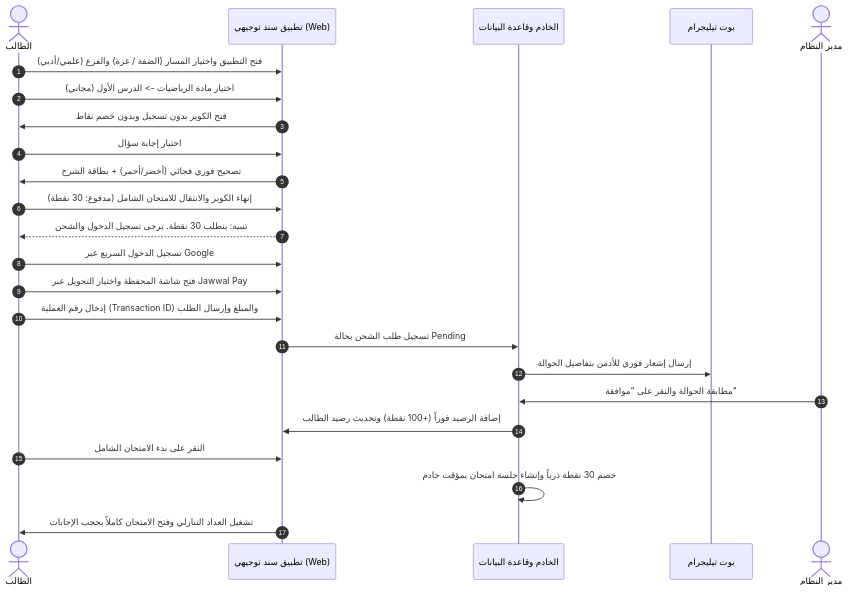
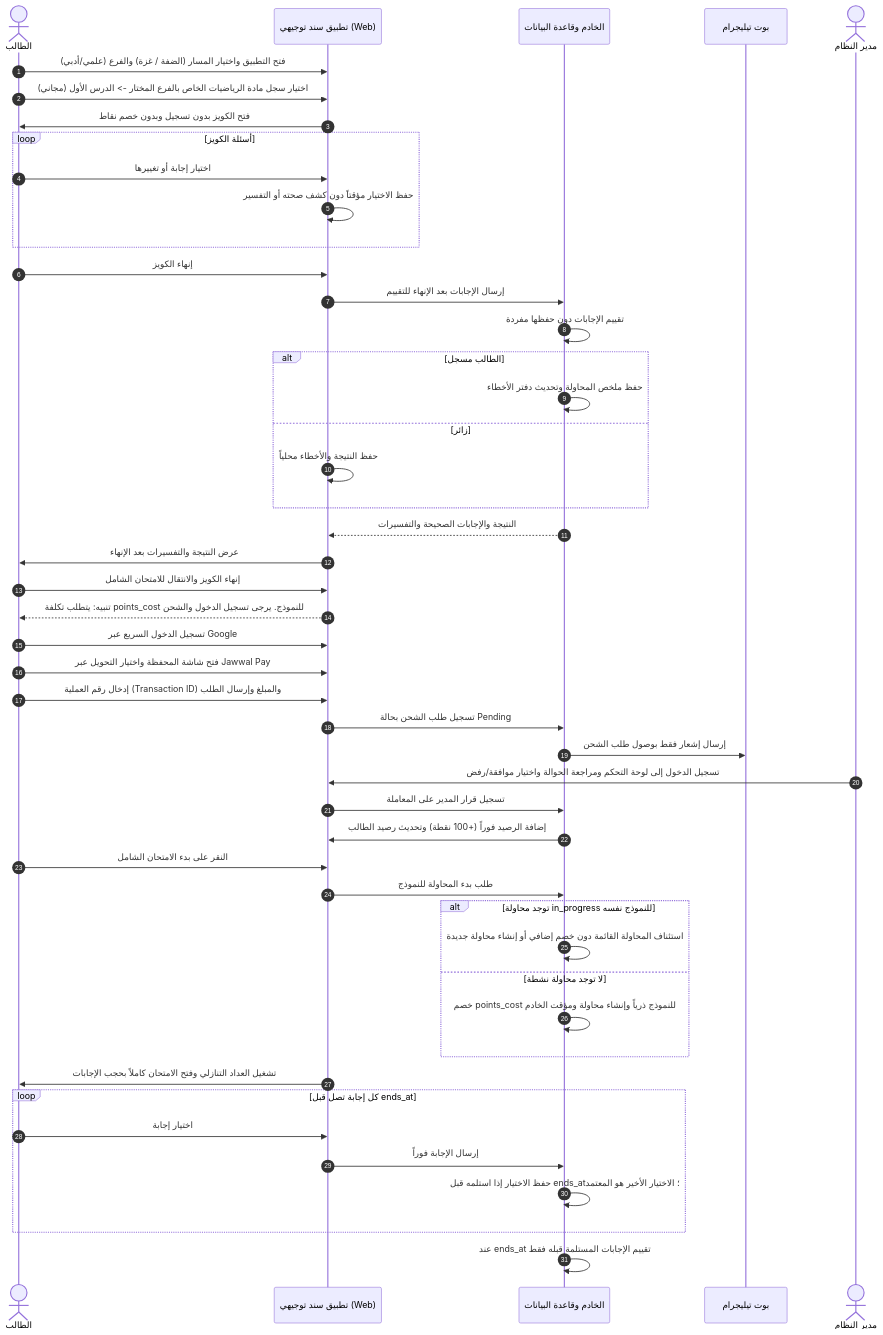
The first of 3 diagrams in docs/PRD.md (IUG2006/sanad-tawjihi), drawn with Mermaid before and after one commit. The commit also changed other lines of this file and 12 other files, not shown here.

````diff
--- a/docs/PRD.md
+++ b/docs/PRD.md
@@ -286,27 +325,51 @@
 ```mermaid
 sequenceDiagram
     autonumber
     actor Student as الطالب
     participant App as تطبيق سند توجيهي (Web)
     participant Server as الخادم وقاعدة البيانات
     participant Telegram as بوت تيليجرام
     actor Admin as مدير النظام
 
     Student->>App: فتح التطبيق واختيار المسار (الضفة / غزة) والفرع (علمي/أدبي)
-    Student->>App: اختيار مادة الرياضيات -> الدرس الأول (مجاني)
+    Student->>App: اختيار سجل مادة الرياضيات الخاص بالفرع المختار -> الدرس الأول (مجاني)
     App->>Student: فتح الكويز بدون تسجيل وبدون خصم نقاط
-    Student->>App: اختيار إجابة سؤال
-    App->>Student: تصحيح فوري فجائي (أخضر/أحمر) + بطاقة الشرح
-    Student->>App: إنهاء الكويز والانتقال للامتحان الشامل (مدفوع: 30 نقطة)
-    App-->>Student: تنبيه: يتطلب 30 نقطة. يرجى تسجيل الدخول والشحن
+    loop أسئلة الكويز
+        Student->>App: اختيار إجابة أو تغييرها
+        App->>App: حفظ الاختيار مؤقتاً دون كشف صحته أو التفسير
+    end
+    Student->>App: إنهاء الكويز
+    App->>Server: إرسال الإجابات بعد الإنهاء للتقييم
+    Server->>Server: تقييم الإجابات دون حفظها مفردة
+    alt الطالب مسجل
+        Server->>Server: حفظ ملخص المحاولة وتحديث دفتر الأخطاء
+    else زائر
+        App->>App: حفظ النتيجة والأخطاء محلياً
+    end
+    Server-->>App: النتيجة والإجابات الصحيحة والتفسيرات
+    App->>Student: عرض النتيجة والتفسيرات بعد الإنهاء
+    Student->>App: إنهاء الكويز والانتقال للامتحان الشامل
+    App-->>Student: تنبيه: يتطلب تكلفة points_cost للنموذج. يرجى تسجيل الدخول والشحن
     Student->>App: تسجيل الدخول السريع عبر Google
     Student->>App: فتح شاشة المحفظة واختيار التحويل عبر Jawwal Pay
     Student->>App: إدخال رقم العملية (Transaction ID) والمبلغ وإرسال الطلب
     App->>Server: تسجيل طلب الشحن بحالة Pending
-    Server->>Telegram: إرسال إشعار فوري للأدمن بتفاصيل الحوالة
-    Admin->>Server: مطابقة الحوالة والنقر على "موافقة"
+    Server->>Telegram: إرسال إشعار فقط بوصول طلب الشحن
+    Admin->>App: تسجيل الدخول إلى لوحة التحكم ومراجعة الحوالة واختيار موافقة/رفض
+    App->>Server: تسجيل قرار المدير على المعاملة
     Server->>App: إضافة الرصيد فوراً (+100 نقطة) وتحديث رصيد الطالب
     Student->>App: النقر على بدء الامتحان الشامل
-    Server->>Server: خصم 30 نقطة ذرياً وإنشاء جلسة امتحان بمؤقت خادم
+    App->>Server: طلب بدء المحاولة للنموذج
+    alt توجد محاولة in_progress للنموذج نفسه
+        Server->>Server: استئناف المحاولة القائمة دون خصم إضافي أو إنشاء محاولة جديدة
+    else لا توجد محاولة نشطة
+        Server->>Server: خصم points_cost للنموذج ذرياً وإنشاء محاولة ومؤقت الخادم
+    end
     App->>Student: تشغيل العداد التنازلي وفتح الامتحان كاملاً بحجب الإجابات
+    loop كل إجابة تصل قبل ends_at
+        Student->>App: اختيار إجابة
+        App->>Server: إرسال الإجابة فوراً
+        Server->>Server: حفظ الاختيار إذا استلمه قبل ends_at؛ الاختيار الأخير هو المعتمد
+    end
+    Server->>Server: عند ends_at تقييم الإجابات المستلمة قبله فقط
 ```
````
